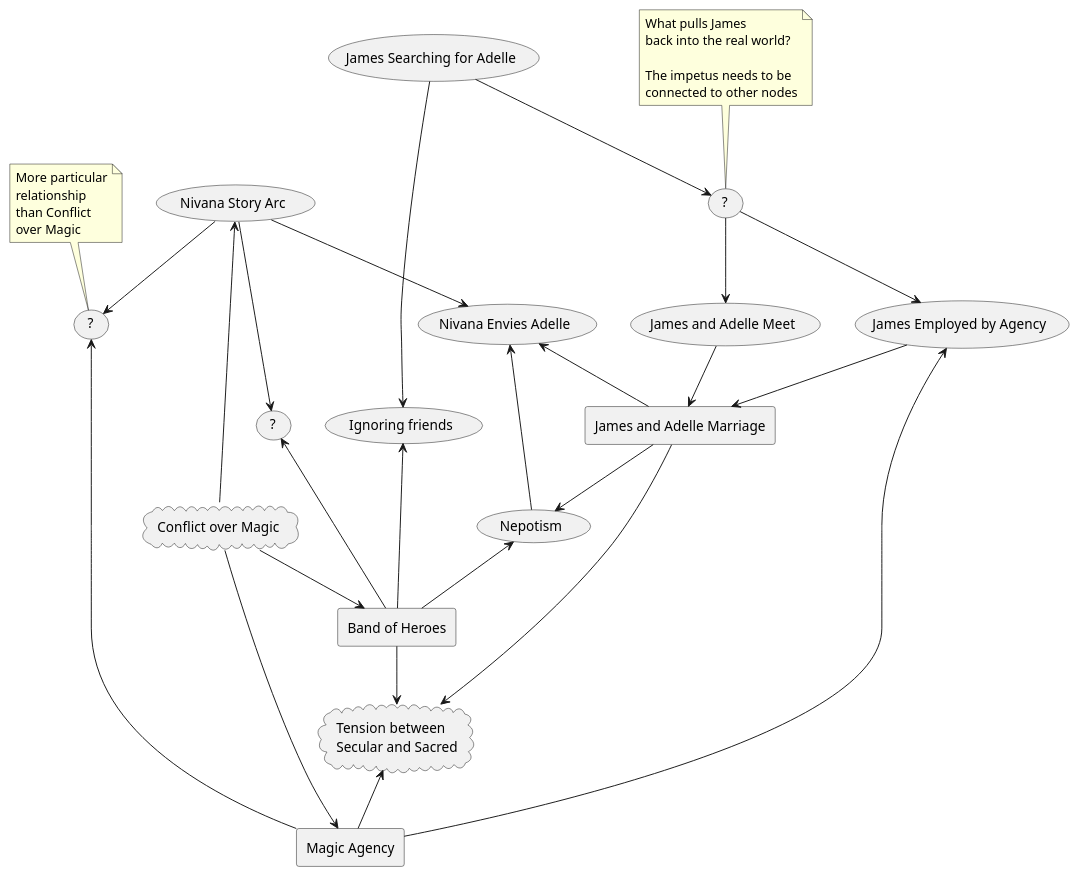
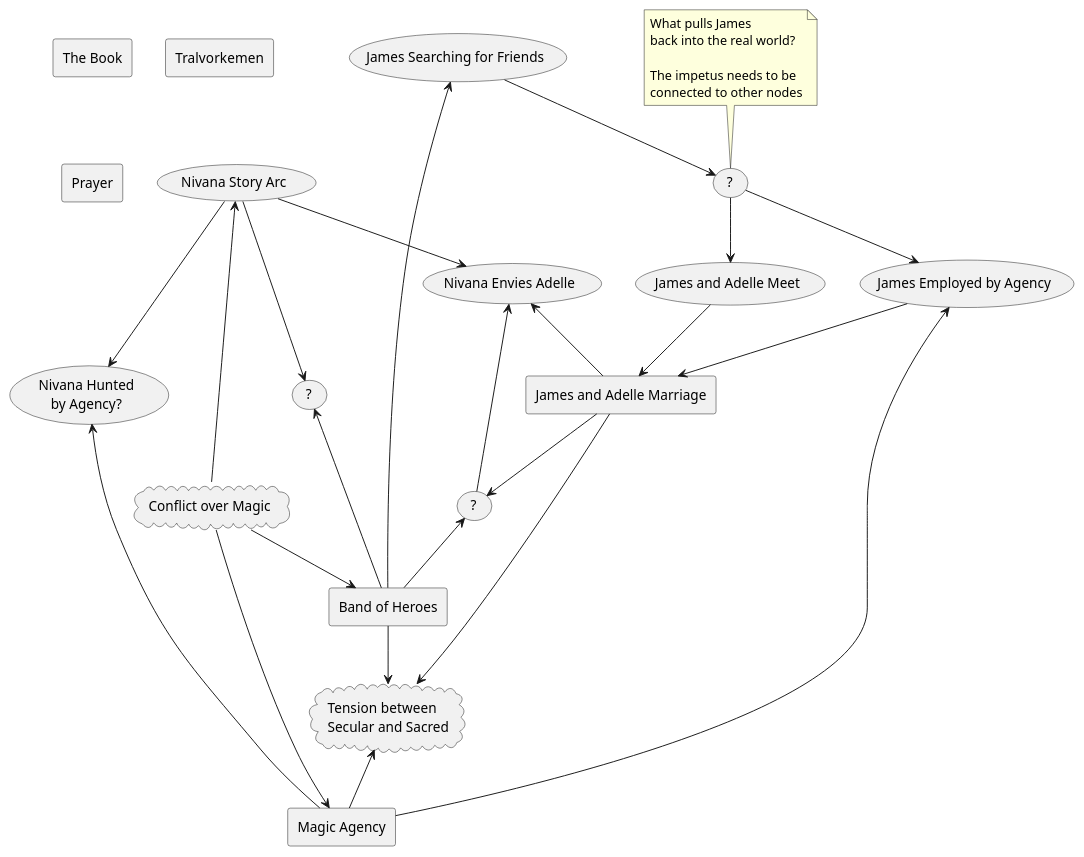
Before and after one commit to silentorb/marloth-story-docs: the diagram in workbench/twold/twold-components.puml, drawn with PlantUML. The commit also changed 5 other files, not shown here.

Commit message:
Shifting the plot to focus more on James and Nivana and them getting married in the first part

```diff
--- a/workbench/twold/twold-components.puml
+++ b/workbench/twold/twold-components.puml
@@ -1,59 +1,53 @@
 @startuml
 skinparam componentStyle rectangle
 
+[The Book] as book
+[Tralvorkemen] as tralvorkemen
+[Prayer] as prayer
 (Nivana Story Arc) as nivanaArc
 [James and Adelle Marriage] as marriage
 [Band of Heroes] as heroes
 [Magic Agency] as magicAgency
-(James Searching for Adelle) as jamesSearching
+(James Searching for Friends) as jamesSearching
 (James Employed by Agency) as jamesEmployed
 (James and Adelle Meet) as jamesAndAdelleMeet
 cloud "Conflict over Magic" as conflictOverMagic
 cloud "Tension between\nSecular and Sacred" as tensionSS
-(Ignoring friends) as ignoringFriends
 (Nivana Envies Adelle) as nivanaEnvy
-(Nepotism) as nepotism
 (?) as question1
 (?) as question2
-(?) as question3
+(Nivana Hunted\nby Agency?) as question3
+(?) as question4
 
 jamesSearching --> question1
 question1 --> jamesEmployed
 question1 --> jamesAndAdelleMeet
 jamesAndAdelleMeet --> marriage
 jamesEmployed <-- magicAgency
 jamesEmployed --> marriage
 heroes --> tensionSS
 tensionSS <-- magicAgency
-marriage --> nepotism
-nepotism <-- heroes
+marriage --> question4
+question4 <-- heroes
 marriage --> tensionSS
 conflictOverMagic --> magicAgency
 conflictOverMagic --> heroes
 nivanaArc <-- conflictOverMagic
-jamesSearching --> ignoringFriends
-ignoringFriends <-- heroes
+jamesSearching <-- heroes
 nivanaArc --> nivanaEnvy
 nivanaEnvy <-- marriage
 nivanaArc --> question2
 question2 <-- heroes
 nivanaArc --> question3
 question3 <-- magicAgency
-nepotism --> nivanaEnvy
+question4 --> nivanaEnvy
 
 note top of question1
 What pulls James
 back into the real world?
 
 The impetus needs to be
 connected to other nodes
 end note
 
-note top of question3
-More particular
-relationship
-than Conflict
-over Magic
-end note
-
 @enduml
```
